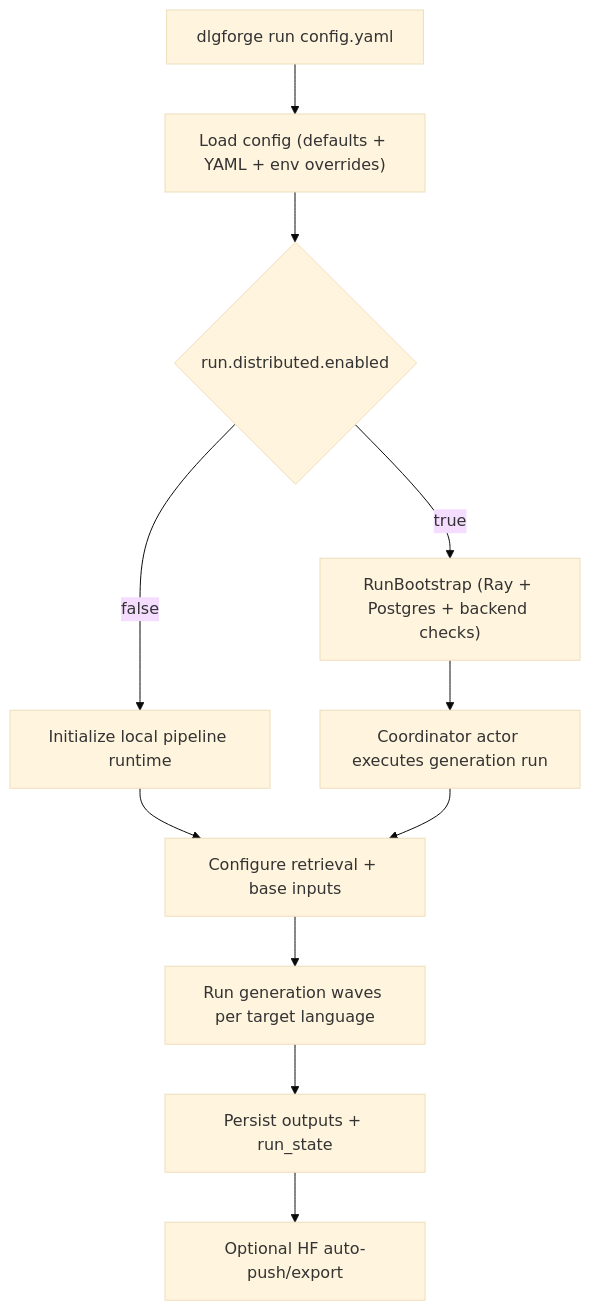
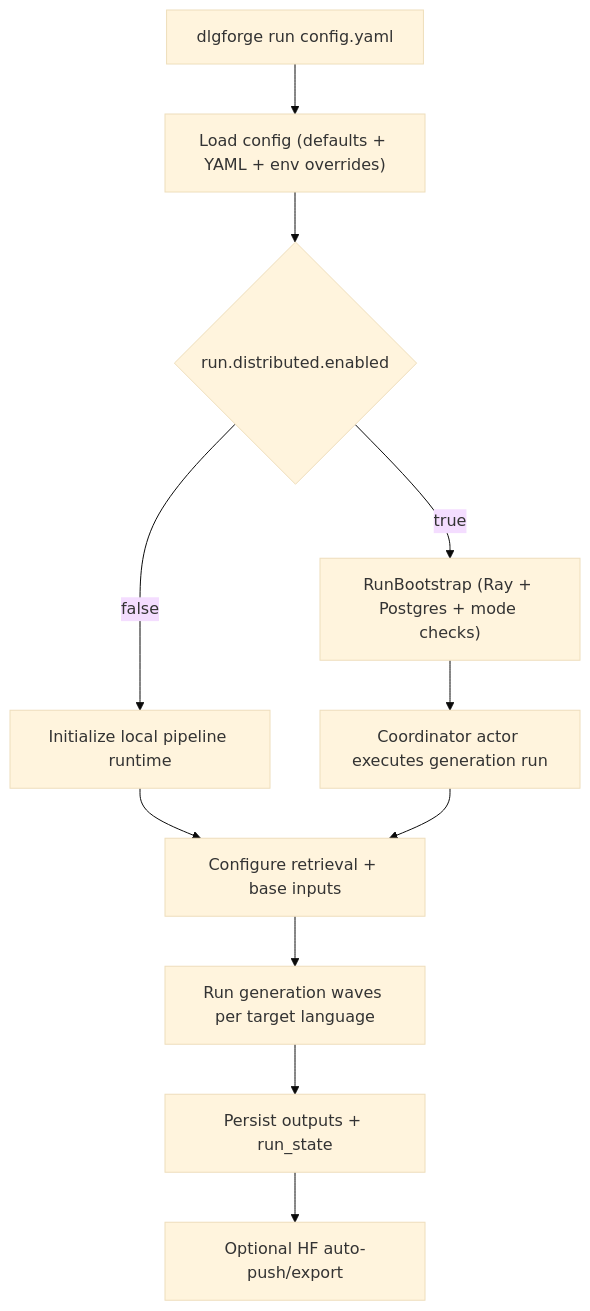
The first of 3 diagrams in docs/ARCHITECTURE.md (MBZUAI-Paris/dialogforge), drawn with Mermaid (base theme) before and after one commit. The commit also changed other lines of this file and 20 other files, not shown here.

````diff
--- a/docs/ARCHITECTURE.md
+++ b/docs/ARCHITECTURE.md
@@ -7,13 +7,13 @@
 ```mermaid
 flowchart TD
   A["dlgforge run config.yaml"] --> B["Load config (defaults + YAML + env overrides)"]
   B --> C{"run.distributed.enabled"}
   C -->|false| D["Initialize local pipeline runtime"]
-  C -->|true| E["RunBootstrap (Ray + Postgres + backend checks)"]
+  C -->|true| E["RunBootstrap (Ray + Postgres + mode checks)"]
   E --> F["Coordinator actor executes generation run"]
   D --> G["Configure retrieval + base inputs"]
   F --> G
   G --> H["Run generation waves per target language"]
   H --> I["Persist outputs + run_state"]
   I --> J["Optional HF auto-push/export"]
 ```
````
